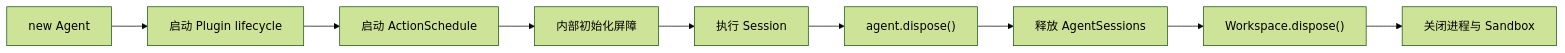
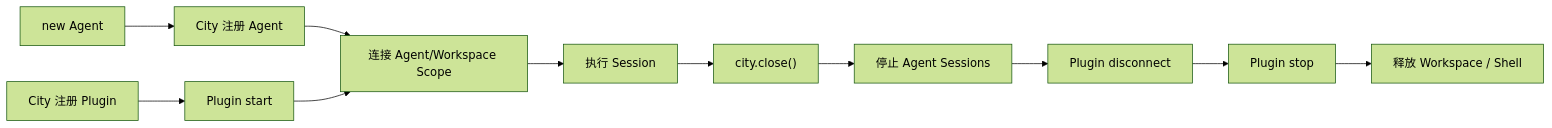
The second of 2 diagrams in homepage/content/docs/zh/agent/runtime-architecture.mdx (genesiscosmos/downcity), drawn with Mermaid (forest theme) before and after one commit. The commit also changed other lines of this file and 174 other files, not shown here.

Commit message:
refactor(city): own plugin lifecycle and projection

````diff
--- a/homepage/content/docs/zh/agent/runtime-architecture.mdx
+++ b/homepage/content/docs/zh/agent/runtime-architecture.mdx
@@ -184,11 +184,13 @@
 ```mermaid
 flowchart LR
-    Construct["new Agent"] --> Plugins["启动 Plugin lifecycle"]
-    Plugins --> Schedule["启动 ActionSchedule"]
-    Schedule --> Barrier["内部初始化屏障"]
-    Barrier --> Running["执行 Session"]
-    Running --> Dispose["agent.dispose()"]
-    Dispose --> Sessions["释放 AgentSessions"]
-    Sessions --> Workspace["Workspace.dispose()"]
-    Workspace --> Shell["关闭进程与 Sandbox"]
+    Agent["new Agent"] --> Register["City 注册 Agent"]
+    Plugin["City 注册 Plugin"] --> Start["Plugin start"]
+    Register --> Scope["连接 Agent/Workspace Scope"]
+    Start --> Scope
+    Scope --> Running["执行 Session"]
+    Running --> Close["city.close()"]
+    Close --> Sessions["停止 Agent Sessions"]
+    Sessions --> Disconnect["Plugin disconnect"]
+    Disconnect --> Stop["Plugin stop"]
+    Stop --> Workspace["释放 Workspace / Shell"]
 ```
````
